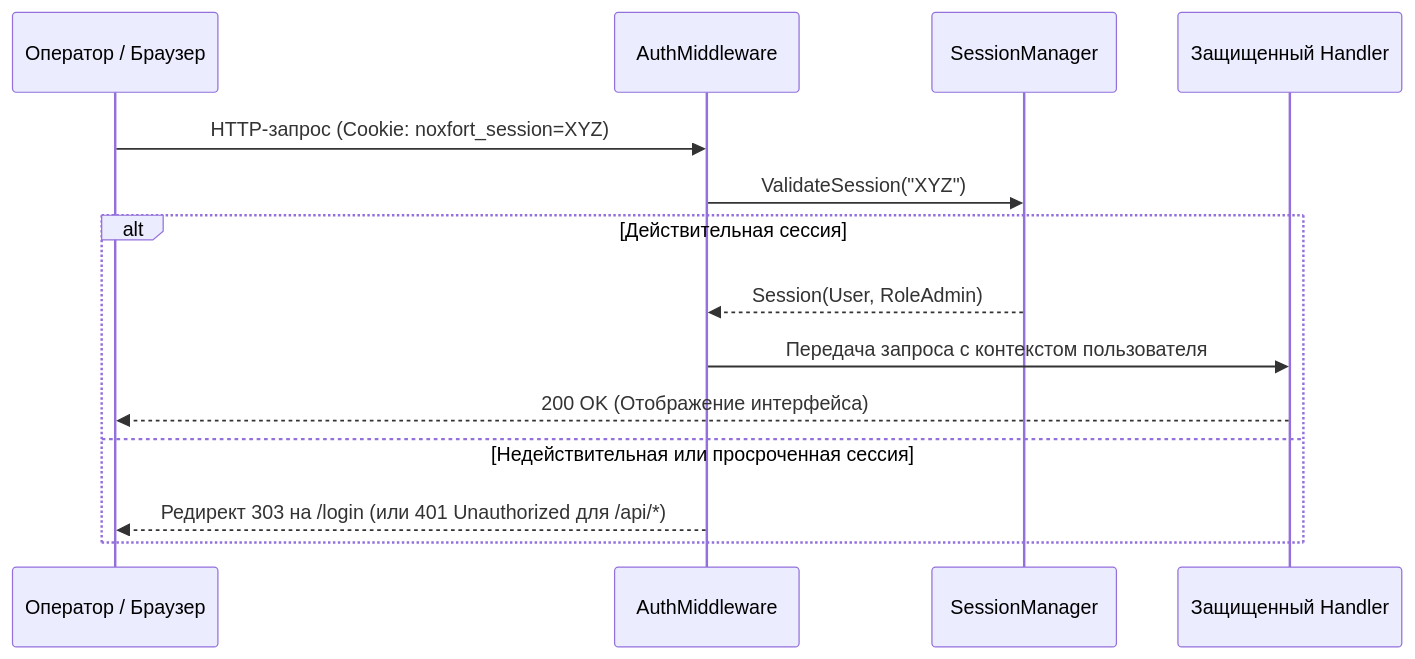
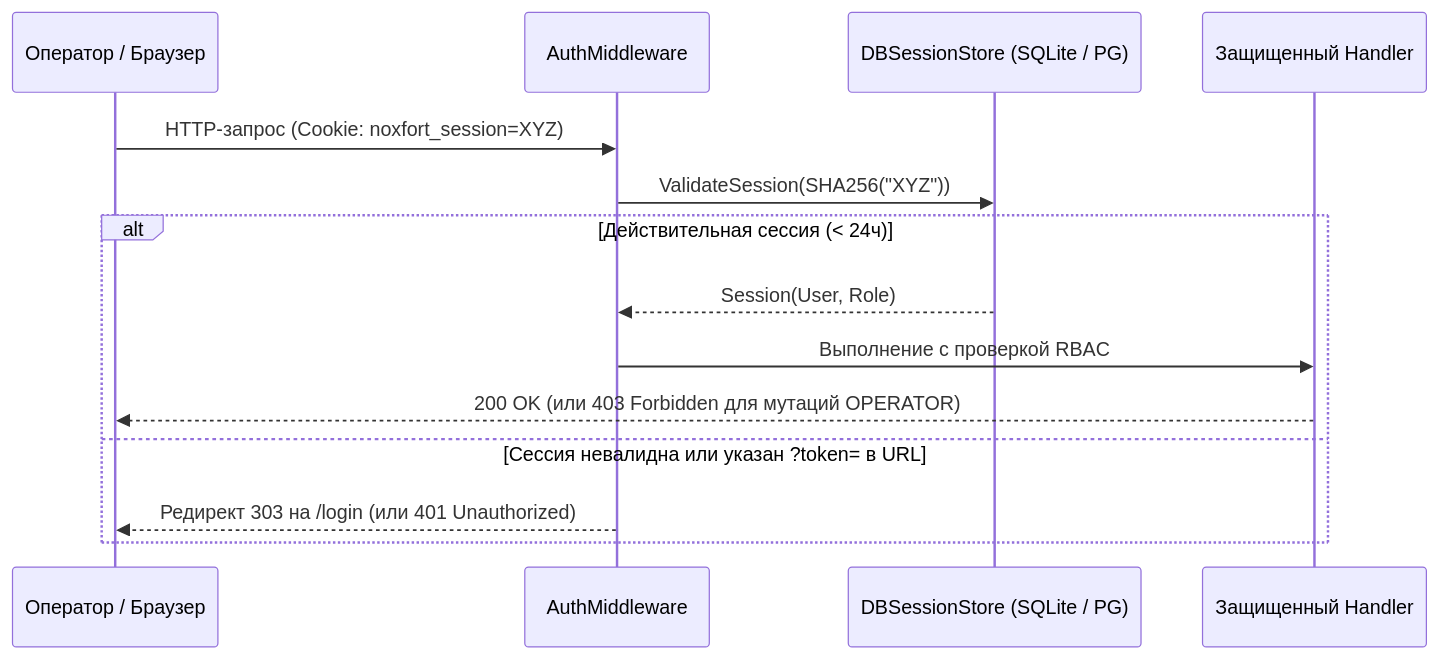
The diagram in docs/ru/security.md (Noxfort-Systems-Brazil/MONITOR), drawn with Mermaid before and after one commit. The commit also changed other lines of this file and 186 other files, not shown here.

````diff
--- a/docs/ru/security.md
+++ b/docs/ru/security.md
@@ -50,17 +35,17 @@
 ```mermaid
 sequenceDiagram
     participant User as Оператор / Браузер
     participant MW as AuthMiddleware
-    participant SM as SessionManager
+    participant SM as DBSessionStore (SQLite / PG)
     participant App as Защищенный Handler
 
     User->>MW: HTTP-запрос (Cookie: noxfort_session=XYZ)
-    MW->>SM: ValidateSession("XYZ")
-    alt Действительная сессия
-        SM-->>MW: Session(User, RoleAdmin)
-        MW->>App: Передача запроса с контекстом пользователя
-        App-->>User: 200 OK (Отображение интерфейса)
-    else Недействительная или просроченная сессия
-        MW-->>User: Редирект 303 на /login (или 401 Unauthorized для /api/*)
+    MW->>SM: ValidateSession(SHA256("XYZ"))
+    alt Действительная сессия (< 24ч)
+        SM-->>MW: Session(User, Role)
+        MW->>App: Выполнение с проверкой RBAC
+        App-->>User: 200 OK (или 403 Forbidden для мутаций OPERATOR)
+    else Сессия невалидна или указан ?token= в URL
+        MW-->>User: Редирект 303 на /login (или 401 Unauthorized)
     end
 ```
````
